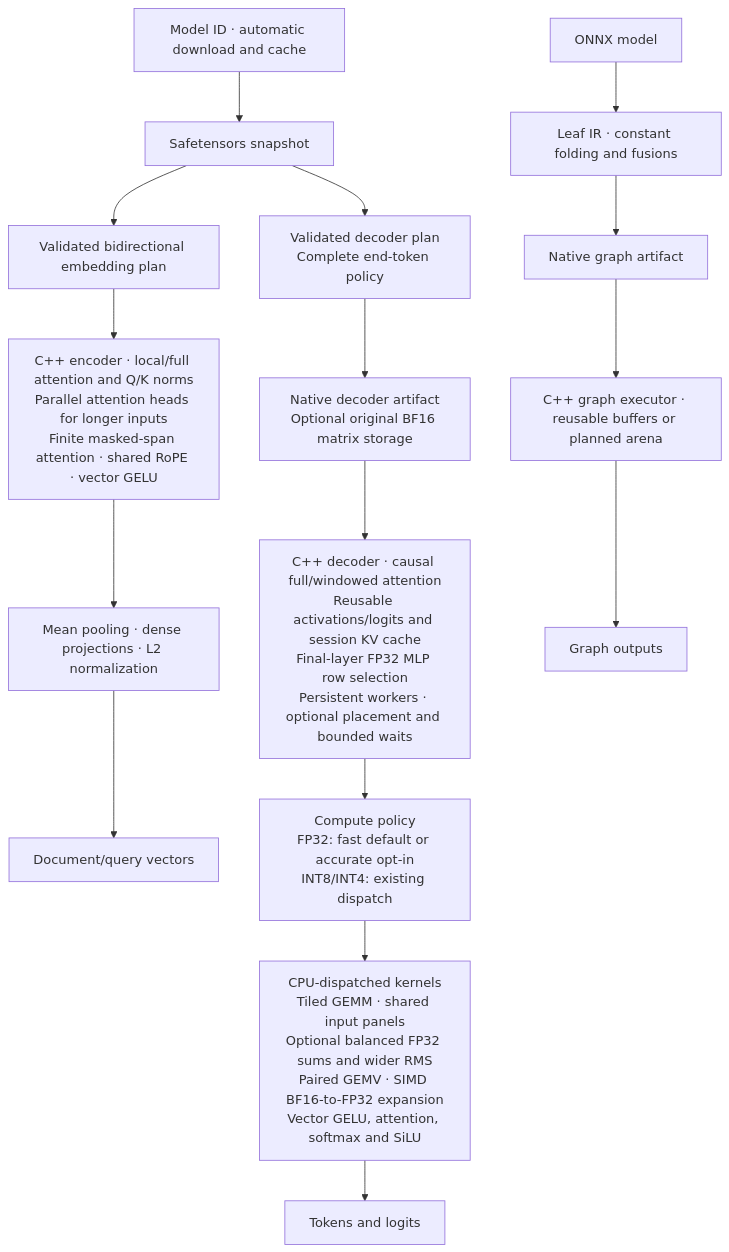
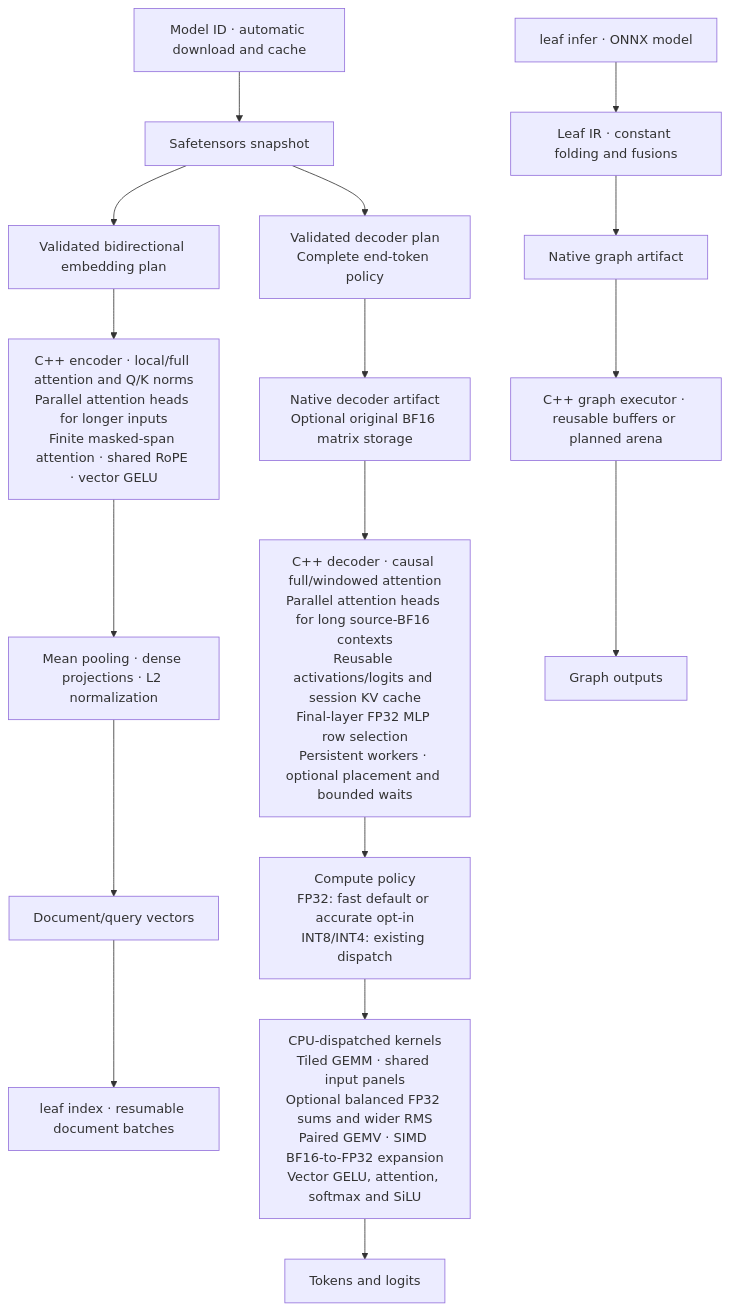
Before and after one commit to Nbit-51/Leaf: the first of 2 diagrams in README.md, drawn with Mermaid. The commit also changed other lines of this file and 7 other files, not shown here.

Commit message:
Ship qualified long-context source-BF16 CPU acceleration

````diff
--- a/README.md
+++ b/README.md
@@ -175,18 +175,19 @@
 ```mermaid
 flowchart TB
     H["Model ID · automatic download and cache"] --> S["Safetensors snapshot"]
     S --> P["Validated decoder plan<br/>Complete end-token policy"]
     S --> B["Validated bidirectional embedding plan"]
     B --> N["C++ encoder · local/full attention and Q/K norms<br/>Parallel attention heads for longer inputs<br/>Finite masked-span attention · shared RoPE · vector GELU"]
     N --> V["Mean pooling · dense projections · L2 normalization"]
     V --> F["Document/query vectors"]
-    O["ONNX model"] --> G["Leaf IR · constant folding and fusions"]
+    F --> I["leaf index · resumable document batches"]
+    O["leaf infer · ONNX model"] --> G["Leaf IR · constant folding and fusions"]
     P --> D["Native decoder artifact<br/>Optional original BF16 matrix storage"]
     G --> A["Native graph artifact"]
-    D --> R["C++ decoder · causal full/windowed attention<br/>Reusable activations/logits and session KV cache<br/>Final-layer FP32 MLP row selection<br/>Persistent workers · optional placement and bounded waits"]
+    D --> R["C++ decoder · causal full/windowed attention<br/>Parallel attention heads for long source-BF16 contexts<br/>Reusable activations/logits and session KV cache<br/>Final-layer FP32 MLP row selection<br/>Persistent workers · optional placement and bounded waits"]
     A --> E["C++ graph executor · reusable buffers or planned arena"]
     R --> M["Compute policy<br/>FP32: fast default or accurate opt-in<br/>INT8/INT4: existing dispatch"]
     M --> K["CPU-dispatched kernels<br/>Tiled GEMM · shared input panels<br/>Optional balanced FP32 sums and wider RMS<br/>Paired GEMV · SIMD BF16-to-FP32 expansion<br/>Vector GELU, attention, softmax and SiLU"]
     K --> T["Tokens and logits"]
     E --> U["Graph outputs"]
 ```
````
